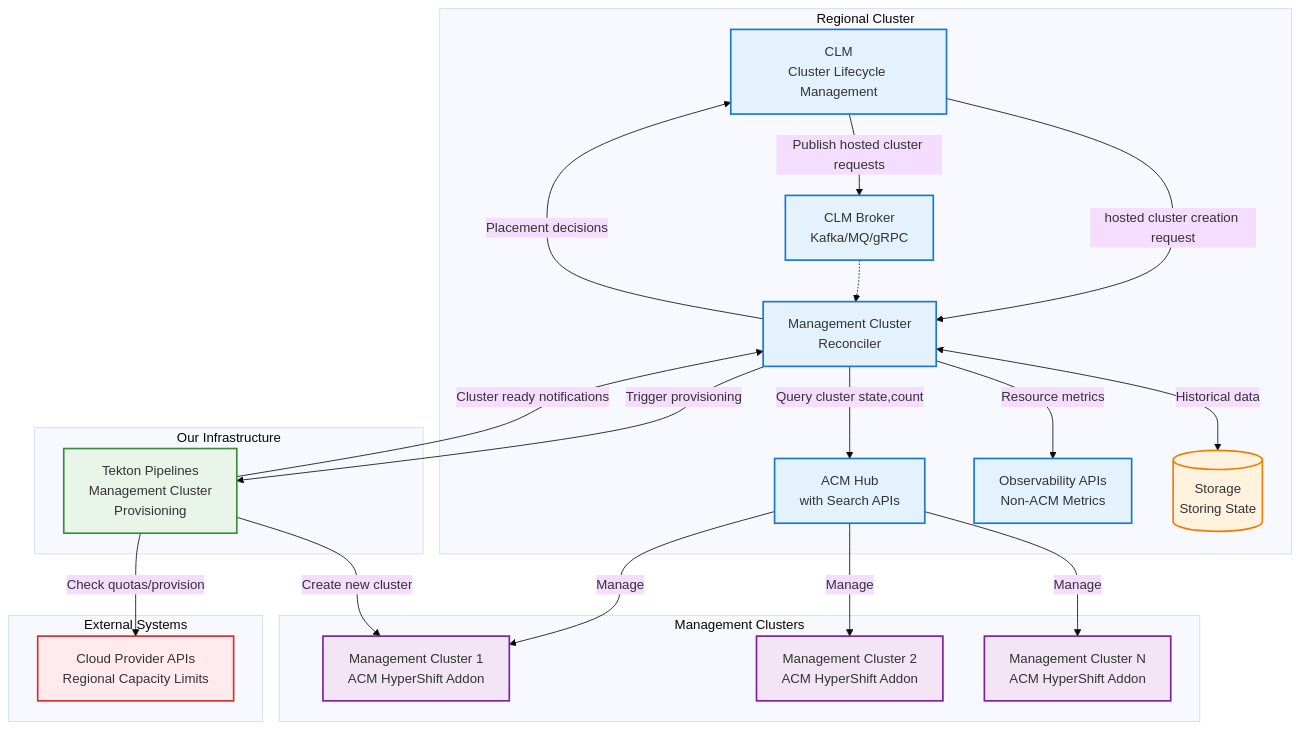
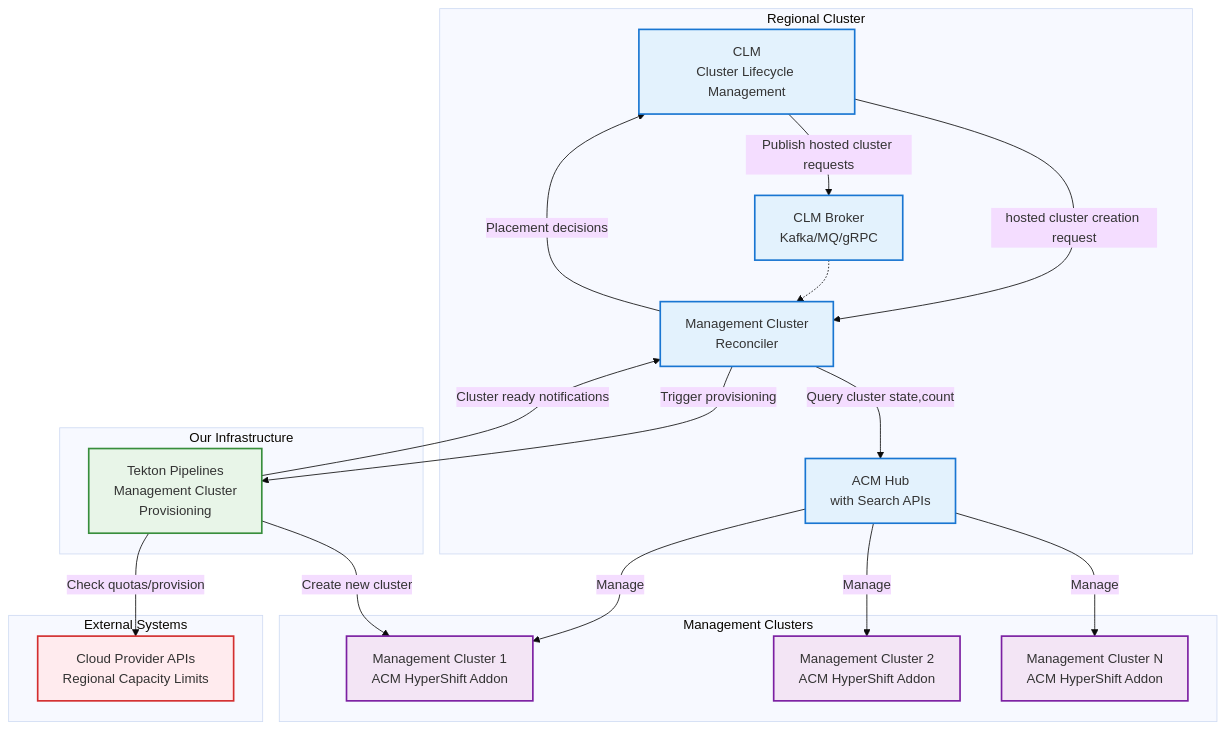
The diagram in hyperfleet/components/management-cluster-reconciler.md (bjoydeep/architecture), drawn with Mermaid (base theme) before and after one commit. The commit also changed other lines of this file, not shown here.

````diff
--- a/hyperfleet/components/management-cluster-reconciler.md
+++ b/hyperfleet/components/management-cluster-reconciler.md
@@ -160,56 +163,53 @@
 ```mermaid
 graph TB
     subgraph "Regional Cluster"
         ACM_HUB[ACM Hub<br/>with Search APIs]
         CLM[CLM<br/>Cluster Lifecycle Management]
         CLM_BROKER[CLM Broker<br/>Kafka/MQ/gRPC]
         RECONCILER[Management Cluster<br/>Reconciler]
-        OBS[Observability APIs<br/>Non-ACM Metrics]
-        PV[(Storage<br/>Storing State)]
+
     end
 
     subgraph "Management Clusters"
         MC1[Management Cluster 1<br/>ACM HyperShift Addon]
         MC2[Management Cluster 2<br/>ACM HyperShift Addon]
         MC3[Management Cluster N<br/>ACM HyperShift Addon]
     end
 
     subgraph "Our Infrastructure"
         TEKTON[Tekton Pipelines<br/>Management Cluster<br/>Provisioning]
     end
 
     subgraph "External Systems"
         CLOUD[Cloud Provider APIs<br/>Regional Capacity Limits]
     end
 
     %% Data Flow - Regional Cluster Internal
     CLM -->|Publish hosted cluster requests| CLM_BROKER
     CLM -->|hosted cluster creation request| RECONCILER
     RECONCILER -->|Placement decisions| CLM
-    RECONCILER <-->|Historical data| PV
     CLM_BROKER -.-> RECONCILER
     RECONCILER -->|Query cluster state,count| ACM_HUB
-    RECONCILER -->|Resource metrics| OBS
     ACM_HUB -->|Manage| MC1
     ACM_HUB -->|Manage| MC2
     ACM_HUB -->|Manage| MC3
 
     %% External Integration
     RECONCILER -->|Trigger provisioning| TEKTON
     TEKTON -->|Cluster ready notifications| RECONCILER
     TEKTON -->|Create new cluster| MC1
     TEKTON -->|Check quotas/provision| CLOUD
 
     %% Styling
     classDef regionalCluster fill:#e3f2fd,stroke:#1976d2,stroke-width:2px
     classDef managementCluster fill:#f3e5f5,stroke:#7b1fa2,stroke-width:2px
     classDef ourInfra fill:#e8f5e8,stroke:#388e3c,stroke-width:2px
     classDef external fill:#ffebee,stroke:#d32f2f,stroke-width:2px
     classDef storage fill:#fff3e0,stroke:#f57c00,stroke-width:2px
 
     class ACM_HUB,CLM,CLM_BROKER,RECONCILER,OBS regionalCluster
     class MC1,MC2,MC3 managementCluster
     class TEKTON ourInfra
     class CLOUD external
     class PV storage
 ```
````
